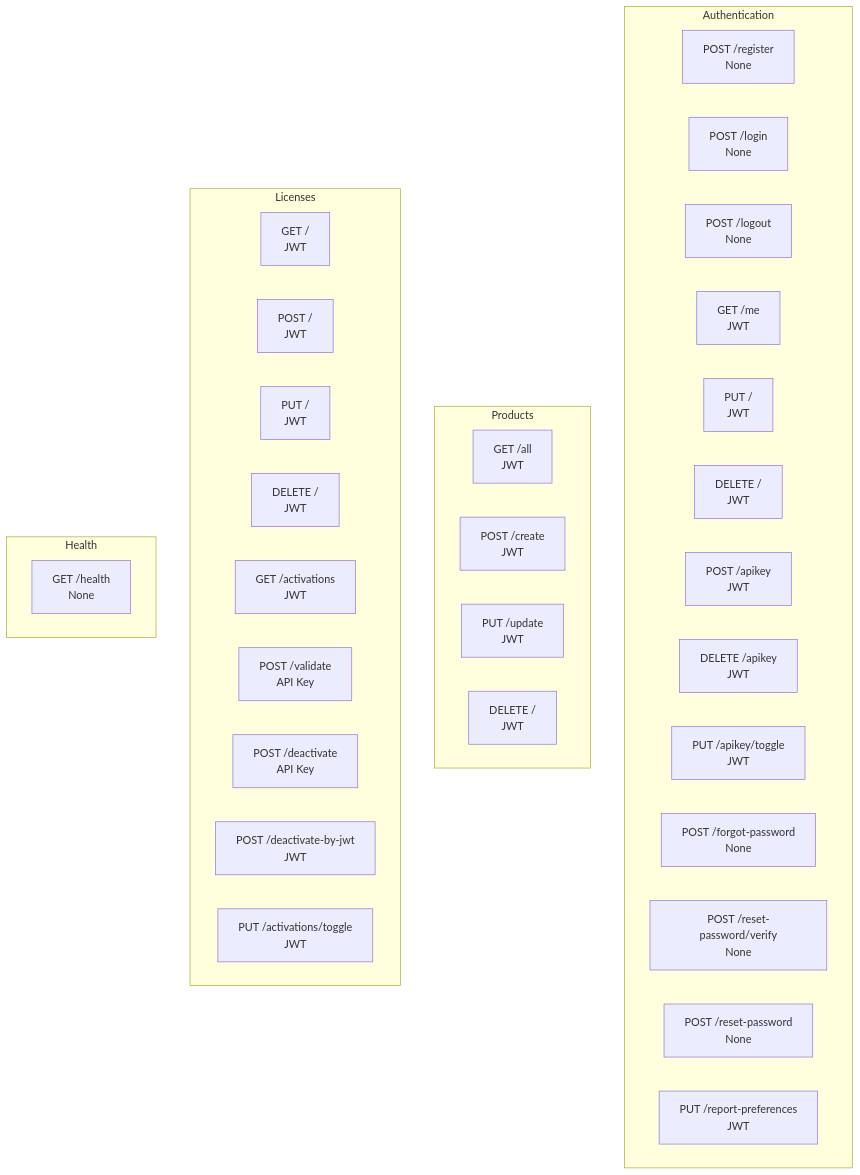
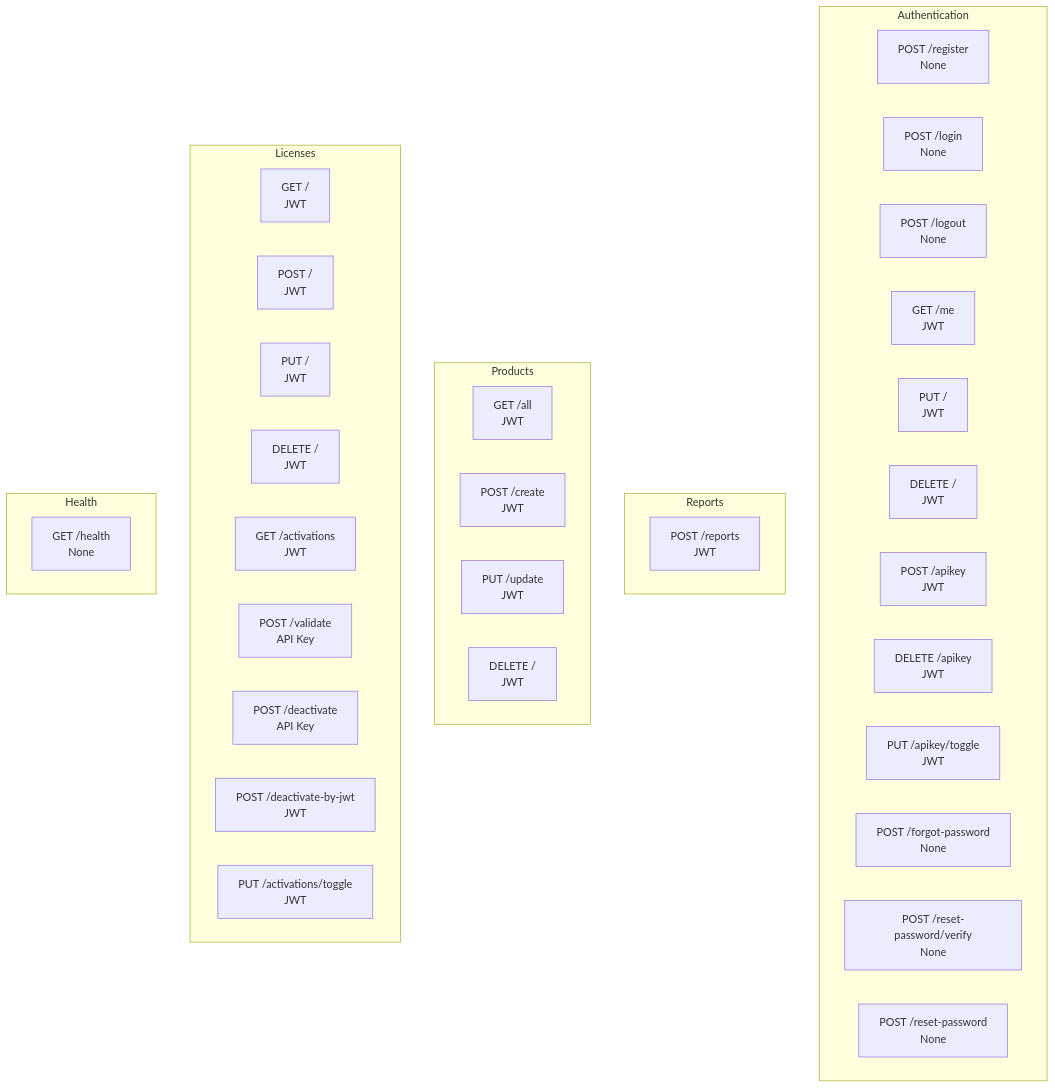
Before and after one commit to Merctxt/OpenLicense: the diagram in docs/03-api/endpoints.md, drawn with Mermaid. The commit also changed other lines of this file and 4 other files, not shown here.

````diff
--- a/docs/03-api/endpoints.md
+++ b/docs/03-api/endpoints.md
@@ -70,52 +70,57 @@
 ```mermaid
 graph TD
     subgraph Auth["Authentication"]
         A1["POST /register\nNone"]
         A2["POST /login\nNone"]
         A3["POST /logout\nNone"]
         A4["GET /me\nJWT"]
         A5["PUT /\nJWT"]
         A6["DELETE /\nJWT"]
         A7["POST /apikey\nJWT"]
         A8["DELETE /apikey\nJWT"]
         A9["PUT /apikey/toggle\nJWT"]
         A10["POST /forgot-password\nNone"]
         A11["POST /reset-password/verify\nNone"]
         A12["POST /reset-password\nNone"]
-        A13["PUT /report-preferences\nJWT"]
+    end
+
+    subgraph Reports["Reports"]
+        R1["POST /reports\nJWT"]
     end
 
     subgraph Products["Products"]
         P1["GET /all\nJWT"]
         P2["POST /create\nJWT"]
         P3["PUT /update\nJWT"]
         P4["DELETE /\nJWT"]
     end
 
     subgraph Licenses["Licenses"]
         L1["GET /\nJWT"]
         L2["POST /\nJWT"]
         L3["PUT /\nJWT"]
         L4["DELETE /\nJWT"]
         L5["GET /activations\nJWT"]
         L6["POST /validate\nAPI Key"]
         L7["POST /deactivate\nAPI Key"]
         L8["POST /deactivate-by-jwt\nJWT"]
         L9["PUT /activations/toggle\nJWT"]
     end
 
     subgraph Health["Health"]
         H1["GET /health\nNone"]
     end
 
     classDef auth fill:#e1f5fe,stroke:#01579b
     classDef product fill:#fff3e0,stroke:#e65100
     classDef license fill:#e8f5e9,stroke:#1b5e20
     classDef health fill:#f3e5f5,stroke:#4a148c
+    classDef reports fill:#fff8e1,stroke:#f57f17
     classDef nodetext color:#333;
 
     class A1,A2,A3,A4,A5,A6,A7,A8,A9,A10,A11,A12,A13 auth,nodetext
     class P1,P2,P3,P4 product,nodetext
     class L1,L2,L3,L4,L5,L6,L7,L8,L9 license,nodetext
     class H1 health,nodetext
+    class R1 reports,nodetext
 ```
````
